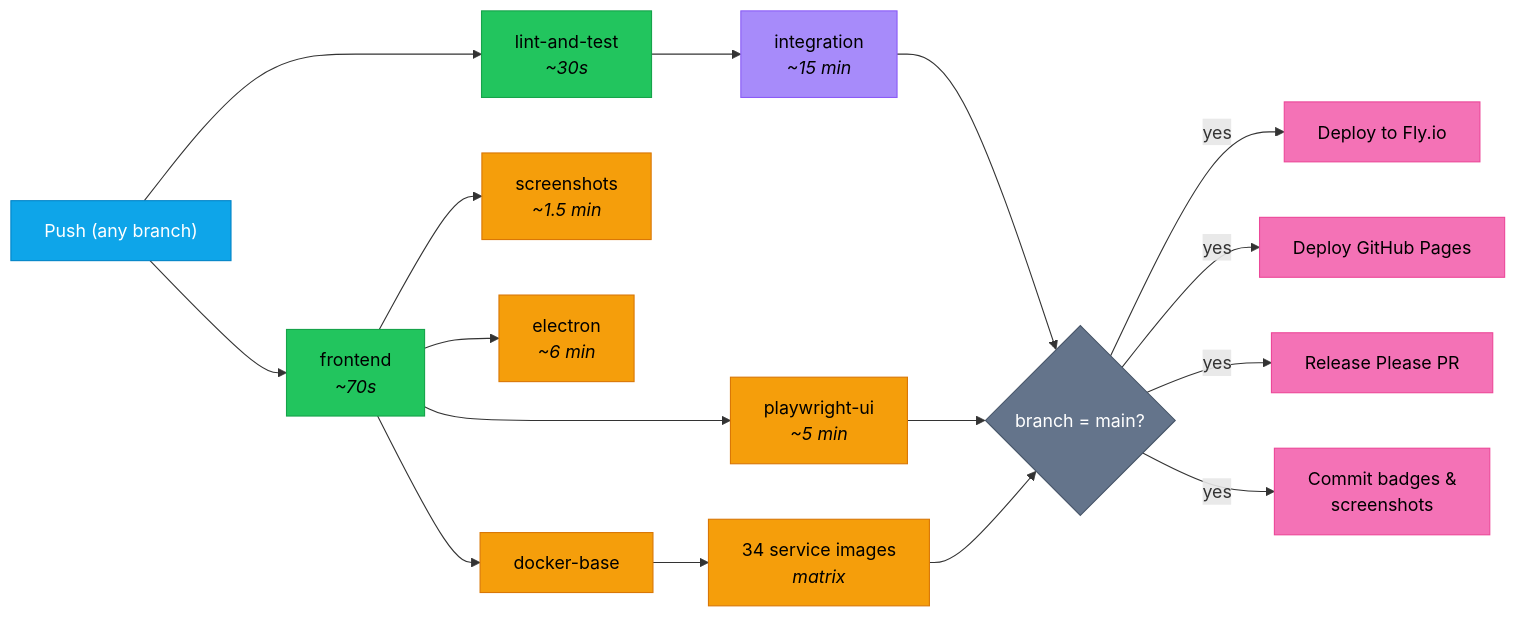
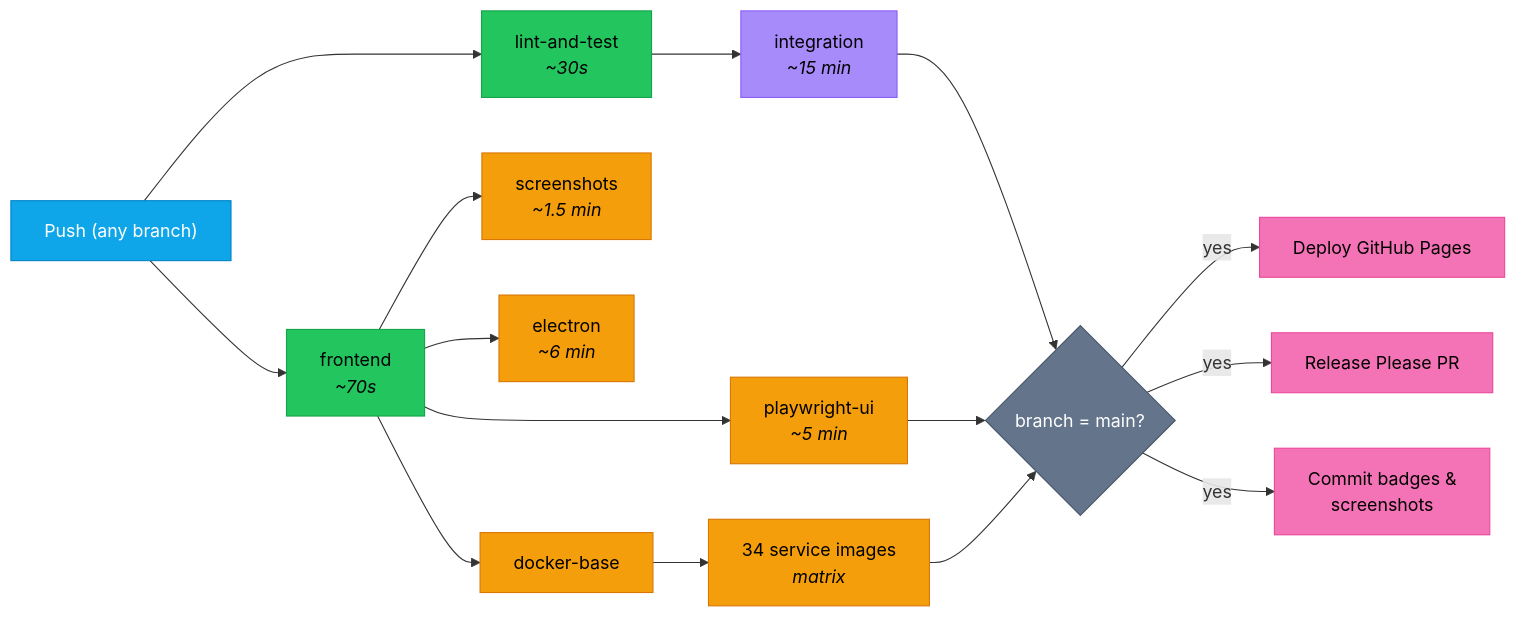
One commit to milesburton/veta-trading-platform changed the diagram in docs/site/src/content/docs/development/ci-cd.md. Above: the diagram before and after it, drawn with Mermaid. The commit also changed other lines of this file and 4 other files, not shown here.

````diff
--- a/docs/site/src/content/docs/development/ci-cd.md
+++ b/docs/site/src/content/docs/development/ci-cd.md
@@ -12,32 +12,31 @@
 ```mermaid
 flowchart LR
   Push["Push (any branch)"]:::trigger
 
   Push --> Lint["lint-and-test<br/><i>~30s</i>"]:::test
   Push --> Frontend["frontend<br/><i>~70s</i>"]:::test
 
   Lint --> Integration["integration<br/><i>~15 min</i>"]:::heavy
 
   Frontend --> Playwright["playwright-ui<br/><i>~5 min</i>"]:::parallel
   Frontend --> Screenshots["screenshots<br/><i>~1.5 min</i>"]:::parallel
   Frontend --> Electron["electron<br/><i>~6 min</i>"]:::parallel
   Frontend --> DockerBase["docker-base"]:::parallel
 
   DockerBase --> DockerMatrix["34 service images<br/><i>matrix</i>"]:::parallel
 
   Integration --> MainCheck{"branch = main?"}:::decision
   Playwright --> MainCheck
   DockerMatrix --> MainCheck
 
-  MainCheck -- "yes" --> FlyDeploy["Deploy to Fly.io"]:::deploy
   MainCheck -- "yes" --> Pages["Deploy GitHub Pages"]:::deploy
   MainCheck -- "yes" --> Release["Release Please PR"]:::deploy
   MainCheck -- "yes" --> Badges["Commit badges &<br/>screenshots"]:::deploy
 
   classDef trigger fill:#0ea5e9,stroke:#0284c7,color:#fff
   classDef test fill:#22c55e,stroke:#16a34a,color:#000
   classDef heavy fill:#a78bfa,stroke:#8b5cf6,color:#000
   classDef parallel fill:#f59e0b,stroke:#d97706,color:#000
   classDef decision fill:#64748b,stroke:#475569,color:#fff
   classDef deploy fill:#f472b6,stroke:#ec4899,color:#000
 ```
````
